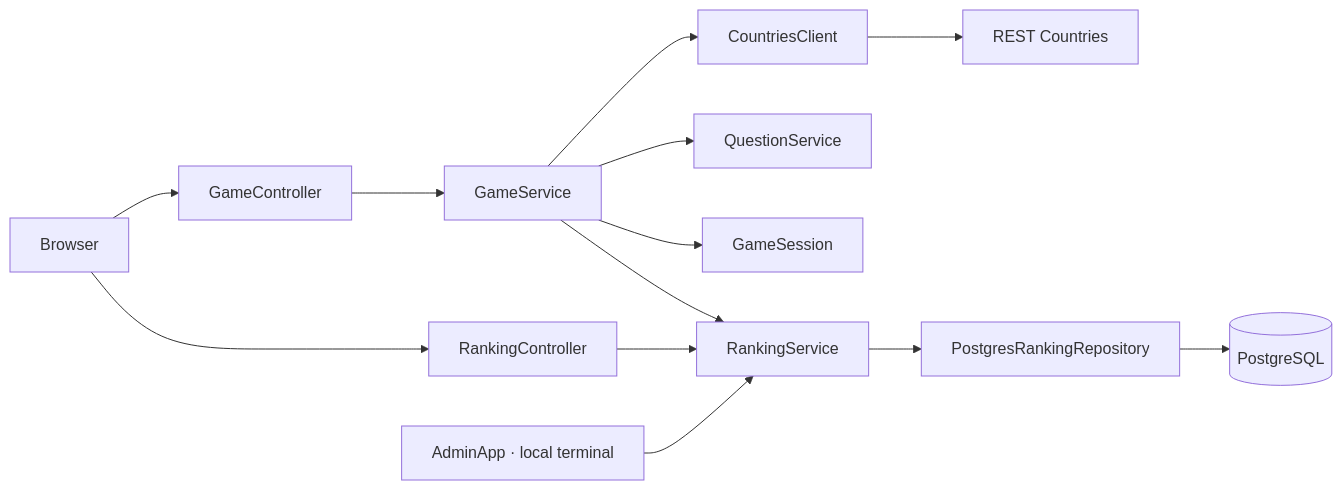
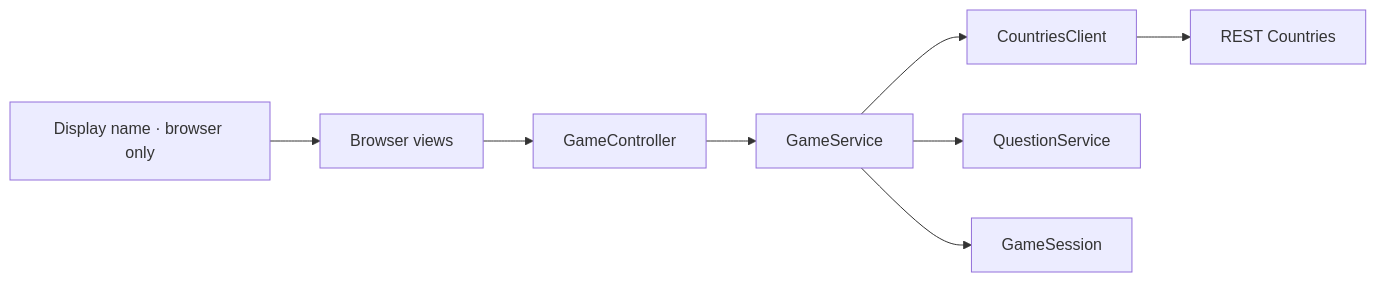
Before and after one commit to RaiBrs/GeoQuest: the diagram in README.md, drawn with Mermaid. The commit also changed other lines of this file and 40 other files, not shown here.

Commit message:
feat(game)!: use player names only for greetings and remove ranking

````diff
--- a/README.md
+++ b/README.md
@@ -185,15 +112,10 @@
 ```mermaid
 flowchart LR
-    Browser[Browser] --> Games[GameController]
-    Browser --> Ranking[RankingController]
-    Games --> Service[GameService]
+    Name[Display name · browser only] --> Views[Browser views]
+    Views --> Controller[GameController]
+    Controller --> Service[GameService]
     Service --> Countries[CountriesClient]
     Countries --> API[REST Countries]
     Service --> Questions[QuestionService]
     Service --> Session[GameSession]
-    Service --> Scores[RankingService]
-    Ranking --> Scores
-    Admin[AdminApp · local terminal] --> Scores
-    Scores --> Repository[PostgresRankingRepository]
-    Repository --> DB[(PostgreSQL)]
 ```
````
